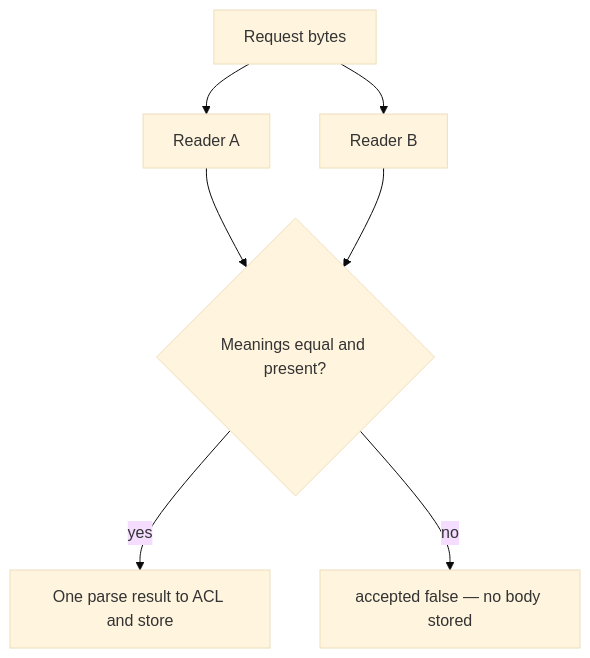
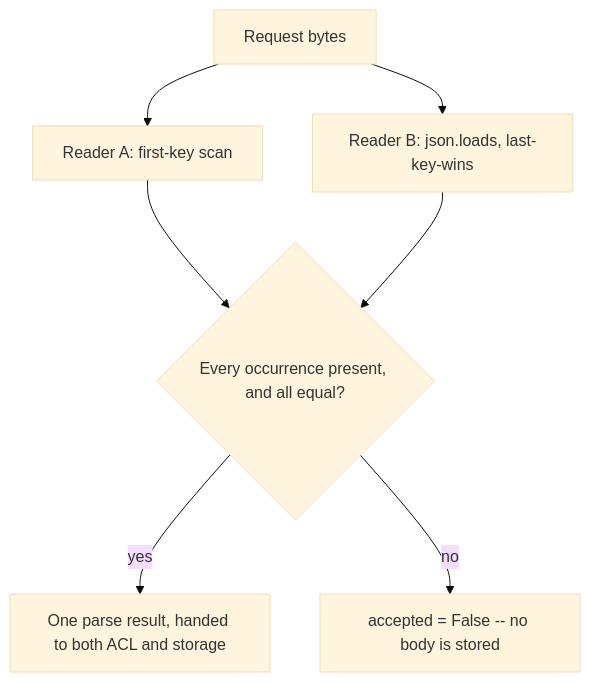
One commit to ishitvagoel/LearnSecurity changed the diagram in content/modules/2/2.1/lessons/04-build.md. Above: the diagram before and after it, drawn with Mermaid (base theme). The commit also changed other lines of this file and 17 other files, not shown here.

````diff
--- a/content/modules/2/2.1/lessons/04-build.md
+++ b/content/modules/2/2.1/lessons/04-build.md
@@ -14,9 +14,9 @@
 ```mermaid
 flowchart TD
-  Bytes[Request bytes] --> P1[Reader A]
-  Bytes --> P2[Reader B]
-  P1 --> Cmp{Meanings equal and present?}
+  Bytes[Request bytes] --> P1[Reader A: first-key scan]
+  Bytes --> P2["Reader B: json.loads, last-key-wins"]
+  P1 --> Cmp{Every occurrence present, and all equal?}
   P2 --> Cmp
-  Cmp -->|yes| One[One parse result to ACL and store]
-  Cmp -->|no| Deny[accepted false — no body stored]
+  Cmp -->|yes| One[One parse result, handed to both ACL and storage]
+  Cmp -->|no| Deny["accepted = False -- no body is stored"]
 ```
````
